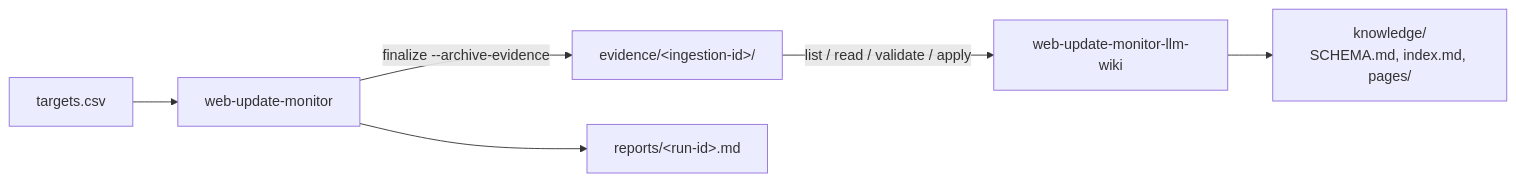
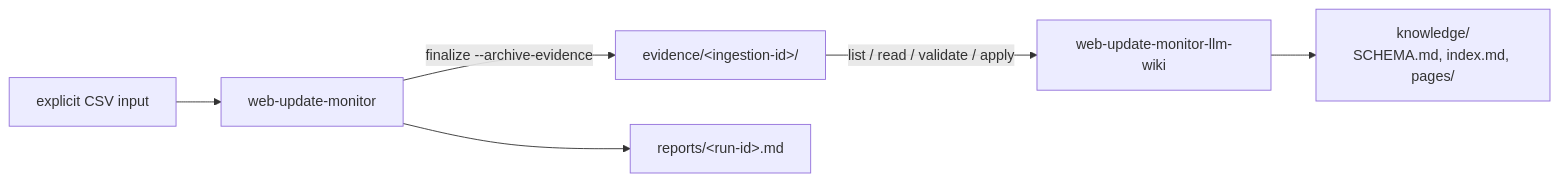
The second of 2 diagrams in README.md (dceoy/wsum), drawn with Mermaid before and after one commit. The commit also changed other lines of this file, not shown here.

Commit message:
Update README for explicit target input

````diff
--- a/README.md
+++ b/README.md
@@ -51,8 +51,8 @@
 ```mermaid
 flowchart LR
-    CSV["targets.csv"] --> CORE["web-update-monitor"]
+    CSV["explicit CSV input"] --> CORE["web-update-monitor"]
     CORE -->|"finalize --archive-evidence"| EV["evidence/&lt;ingestion-id&gt;/"]
     CORE --> REPORT["reports/&lt;run-id&gt;.md"]
     EV -->|"list / read / validate / apply"| WIKI["web-update-monitor-llm-wiki"]
     WIKI --> KB["knowledge/<br/>SCHEMA.md, index.md, pages/"]
 ```
````
